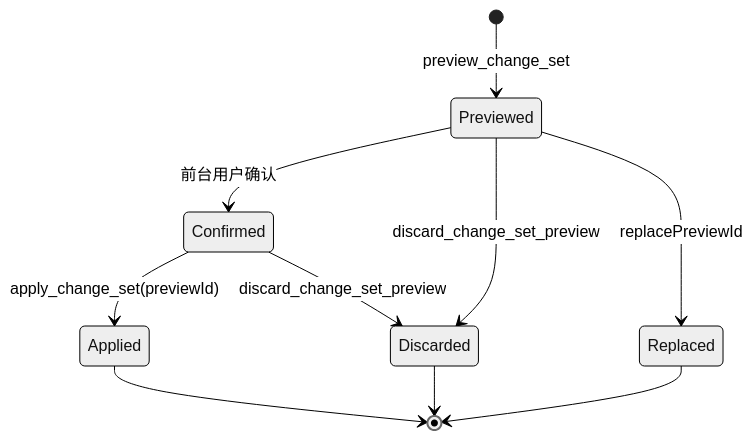
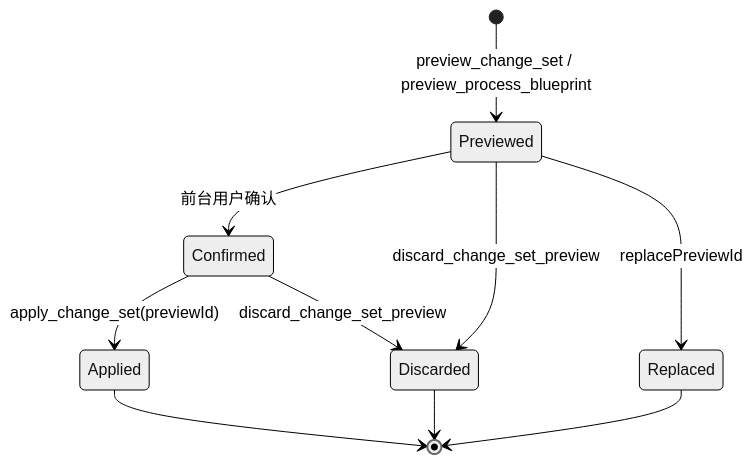
The second of 2 diagrams in Docs/Architecture/05-AI与Bridge.md (zeastwin/Automation), drawn with Mermaid (neutral theme) before and after one commit. The commit also changed other lines of this file and 45 other files, not shown here.

````diff
--- a/Docs/Architecture/05-AI与Bridge.md
+++ b/Docs/Architecture/05-AI与Bridge.md
@@ -68,12 +70,12 @@
 ```mermaid
 stateDiagram-v2
-    [*] --> Previewed: preview_change_set
+    [*] --> Previewed: preview_change_set / preview_process_blueprint
     Previewed --> Confirmed: 前台用户确认
     Previewed --> Discarded: discard_change_set_preview
     Previewed --> Replaced: replacePreviewId
     Confirmed --> Applied: apply_change_set(previewId)
     Confirmed --> Discarded: discard_change_set_preview
     Applied --> [*]
     Discarded --> [*]
     Replaced --> [*]
 ```
````
